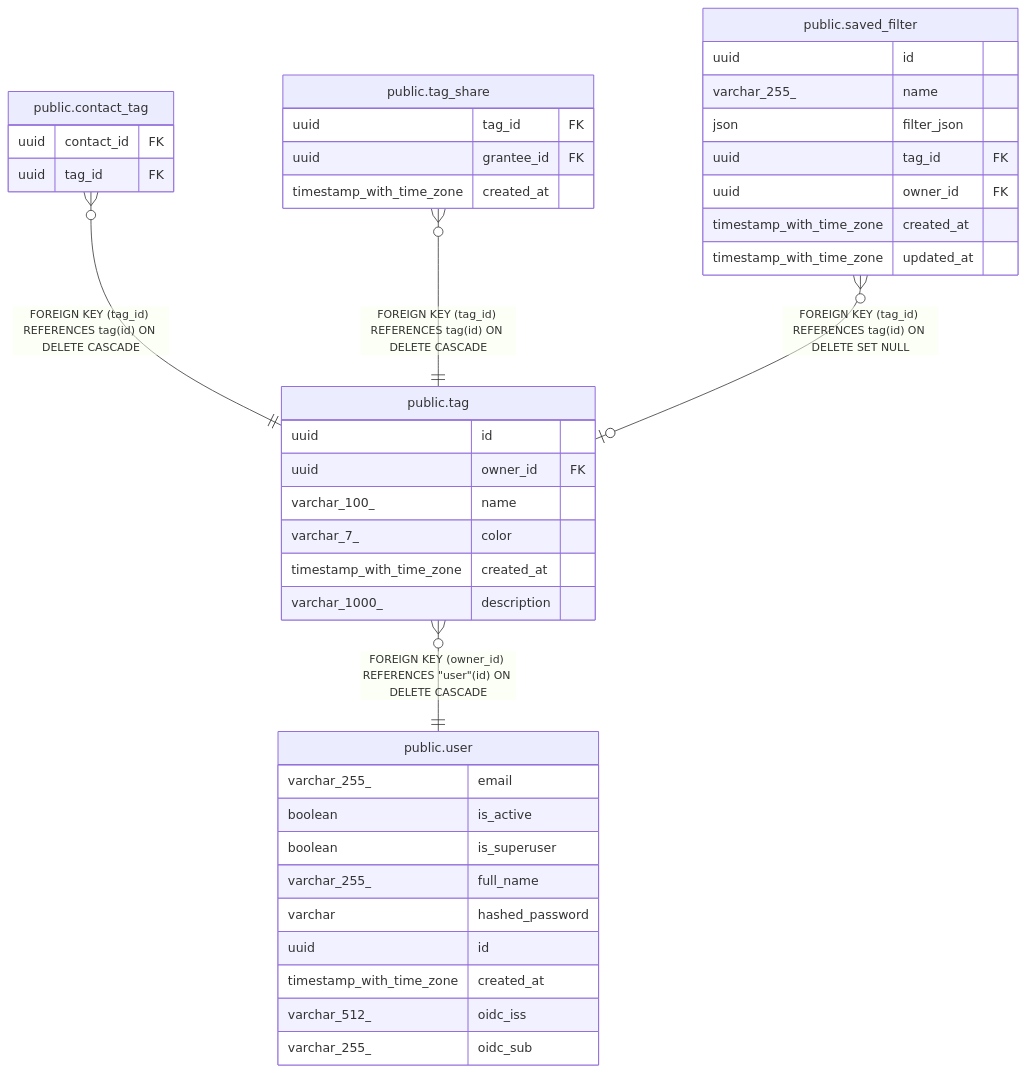
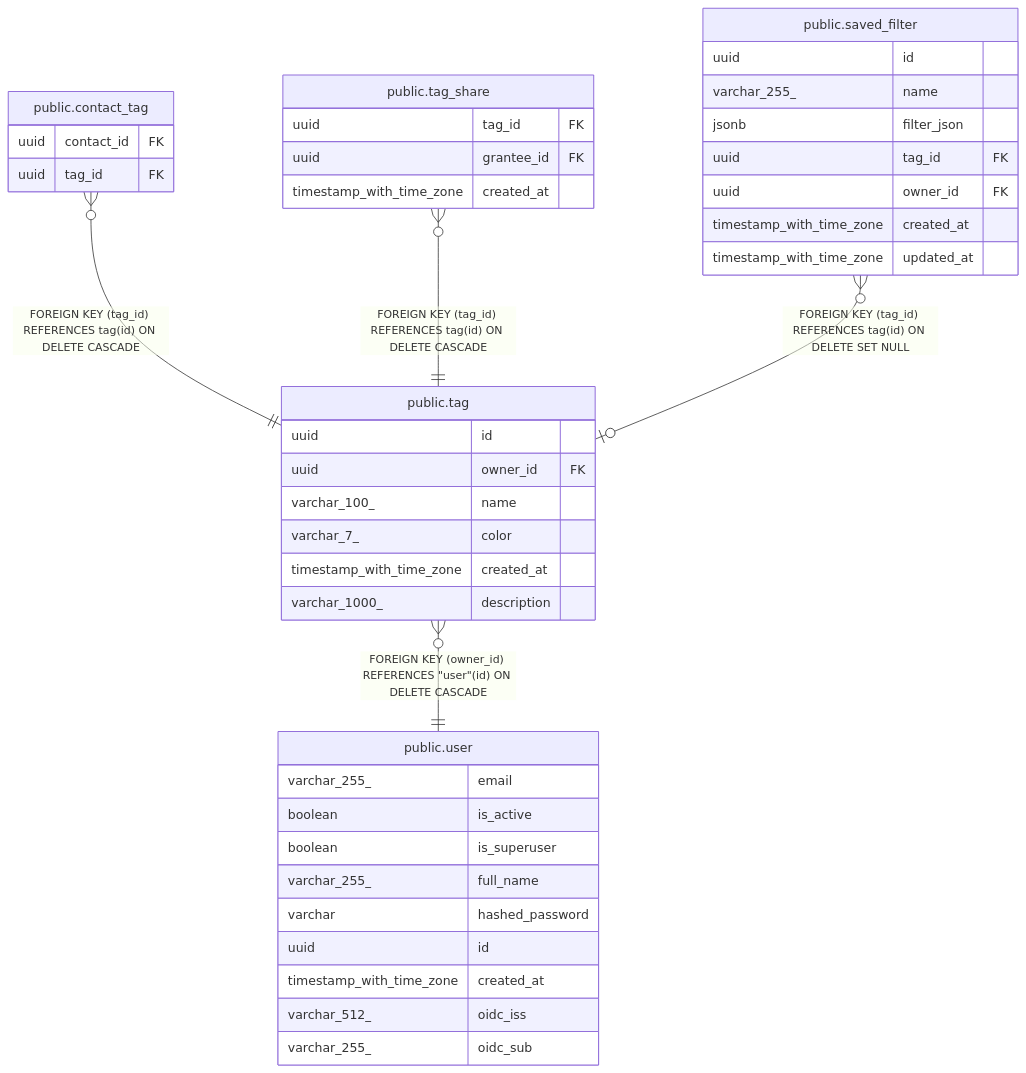
Before and after one commit to pike00/Kindred: the diagram in docs/db/public.tag.md, drawn with Mermaid. The commit also changed 28 other files, not shown here.

Commit message:
docs: regenerate db schema docs (tbls) — sync with live schema

````diff
--- a/docs/db/public.tag.md
+++ b/docs/db/public.tag.md
@@ -38,46 +38,46 @@
 ```mermaid
 erDiagram
 
 "public.contact_tag" }o--|| "public.tag" : "FOREIGN KEY (tag_id) REFERENCES tag(id) ON DELETE CASCADE"
 "public.tag_share" }o--|| "public.tag" : "FOREIGN KEY (tag_id) REFERENCES tag(id) ON DELETE CASCADE"
 "public.saved_filter" }o--o| "public.tag" : "FOREIGN KEY (tag_id) REFERENCES tag(id) ON DELETE SET NULL"
 "public.tag" }o--|| "public.user" : "FOREIGN KEY (owner_id) REFERENCES #quot;user#quot;(id) ON DELETE CASCADE"
 
 "public.tag" {
   uuid id
   uuid owner_id FK
   varchar_100_ name
   varchar_7_ color
   timestamp_with_time_zone created_at
   varchar_1000_ description
 }
 "public.contact_tag" {
   uuid contact_id FK
   uuid tag_id FK
 }
 "public.tag_share" {
   uuid tag_id FK
   uuid grantee_id FK
   timestamp_with_time_zone created_at
 }
 "public.saved_filter" {
   uuid id
   varchar_255_ name
-  json filter_json
+  jsonb filter_json
   uuid tag_id FK
   uuid owner_id FK
   timestamp_with_time_zone created_at
   timestamp_with_time_zone updated_at
 }
 "public.user" {
   varchar_255_ email
   boolean is_active
   boolean is_superuser
   varchar_255_ full_name
   varchar hashed_password
   uuid id
   timestamp_with_time_zone created_at
   varchar_512_ oidc_iss
   varchar_255_ oidc_sub
 }
 ```
````
